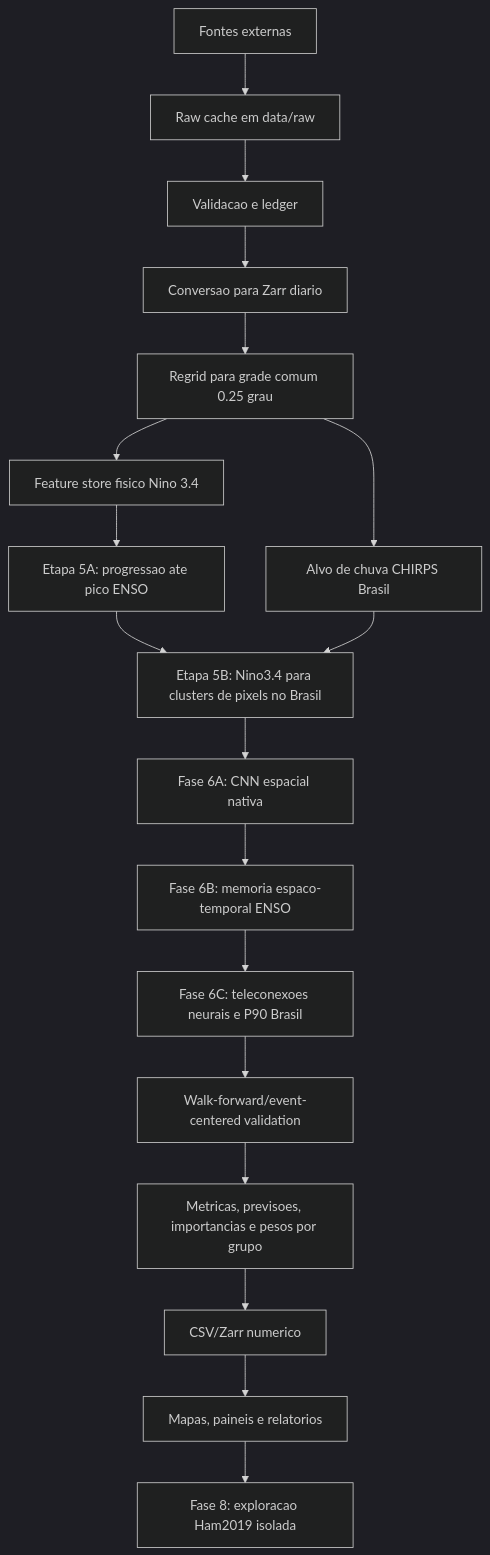
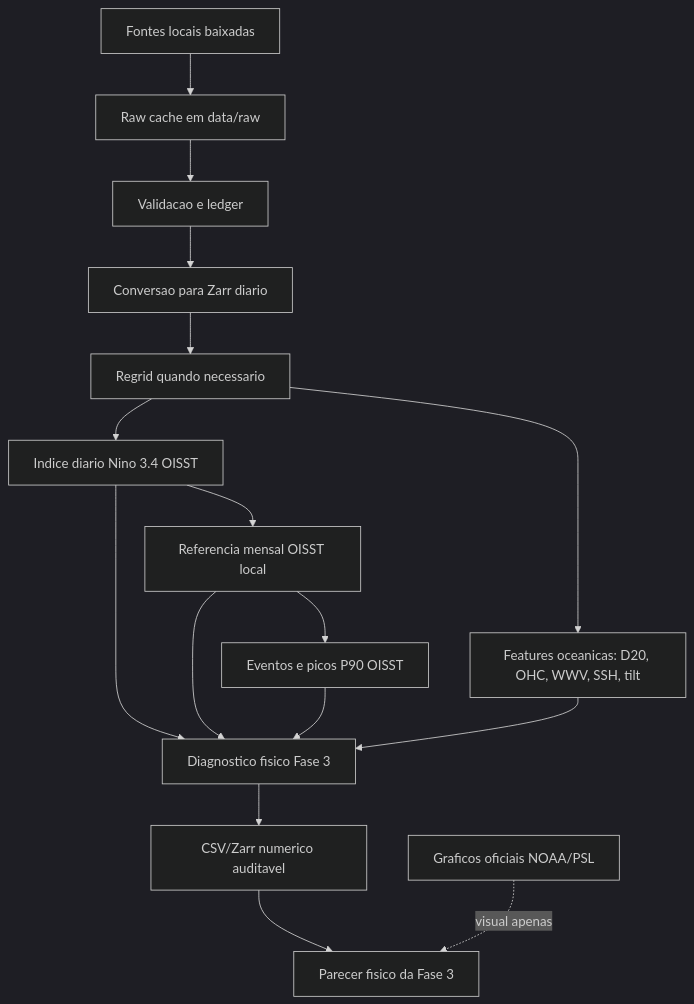
One commit to thiago-vilar/Nino26 changed the diagram in docs/ARQUITETURA.md. Above: the diagram before and after it, drawn with Mermaid (dark theme). The commit also changed other lines of this file and 20 other files, not shown here.

````diff
--- a/docs/ARQUITETURA.md
+++ b/docs/ARQUITETURA.md
@@ -7,20 +10,18 @@
 ```mermaid
 flowchart TD
-    A["Fontes externas"] --> B["Raw cache em data/raw"]
+    A["Fontes locais baixadas"] --> B["Raw cache em data/raw"]
     B --> C["Validacao e ledger"]
     C --> D["Conversao para Zarr diario"]
-    D --> E["Regrid para grade comum 0.25 grau"]
-    E --> F["Feature store fisico Nino 3.4"]
-    E --> G["Alvo de chuva CHIRPS Brasil"]
-    F --> H["Etapa 5A: progressao ate pico ENSO"]
-    H --> I["Etapa 5B: Nino3.4 para clusters de pixels no Brasil"]
-    G --> I
-    I --> J["Fase 6A: CNN espacial nativa"]
-    J --> K["Fase 6B: memoria espaco-temporal ENSO"]
-    K --> L["Fase 6C: teleconexoes neurais e P90 Brasil"]
-    L --> M["Walk-forward/event-centered validation"]
-    M --> N["Metricas, previsoes, importancias e pesos por grupo"]
-    N --> O["CSV/Zarr numerico"]
-    O --> P["Mapas, paineis e relatorios"]
-    P --> Q["Fase 8: exploracao Ham2019 isolada"]
+    D --> E["Regrid quando necessario"]
+    E --> F["Indice diario Nino 3.4 OISST"]
+    F --> G["Referencia mensal OISST local"]
+    G --> H["Eventos e picos P90 OISST"]
+    E --> I["Features oceanicas: D20, OHC, WWV, SSH, tilt"]
+    F --> J["Diagnostico fisico Fase 3"]
+    G --> J
+    H --> J
+    I --> J
+    J --> K["CSV/Zarr numerico auditavel"]
+    K --> L["Parecer fisico da Fase 3"]
+    M["Graficos oficiais NOAA/PSL"] -. "visual apenas" .-> L
 ```
````
